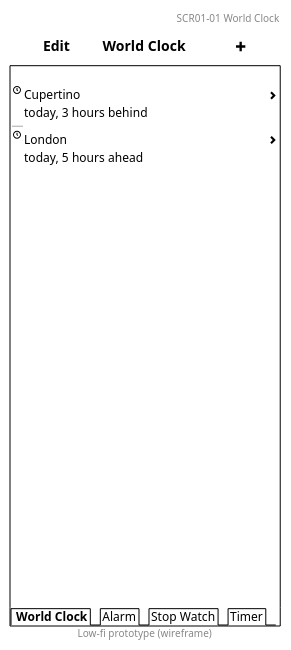
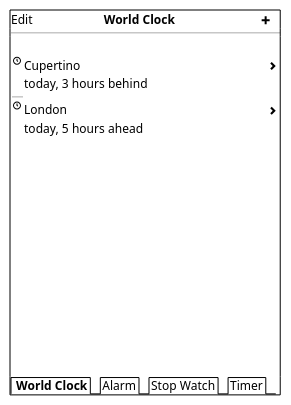
One commit to RobinNunkesser/plantuml changed the diagram in ClockSCR01.pu. Above: the diagram before and after it, drawn with PlantUML. The commit also changed 6 other files, not shown here.

```diff
--- a/ClockSCR01.pu
+++ b/ClockSCR01.pu
@@ -1,41 +1,29 @@
 @startsalt
-title Edit ""   "" World Clock ""     "" <&plus>
-header SCR01-01 World Clock
-footer Low-fi prototype (wireframe)
 {+
+Edit ""         "" <b>World Clock ""           "" <&plus>
+--
 {
     .
     <&clock> | Cupertino | ""                "" <&chevron-right>
     . | today, 3 hours behind | .
     ----
     <&clock> | London | ""                "" <&chevron-right>
     . | today, 5 hours ahead | .
     .
     .
     .
     .
     .
     .
     .
     .
     .
     .
     .
     .
-    .
-    .
-    .
-    .
-    .
-    .
-    .
-    .
-    .
-    .
-    .
     .    
 }
 {/ <b> World Clock | Alarm | Stop Watch | Timer }
 }
 
 @endsalt
```
